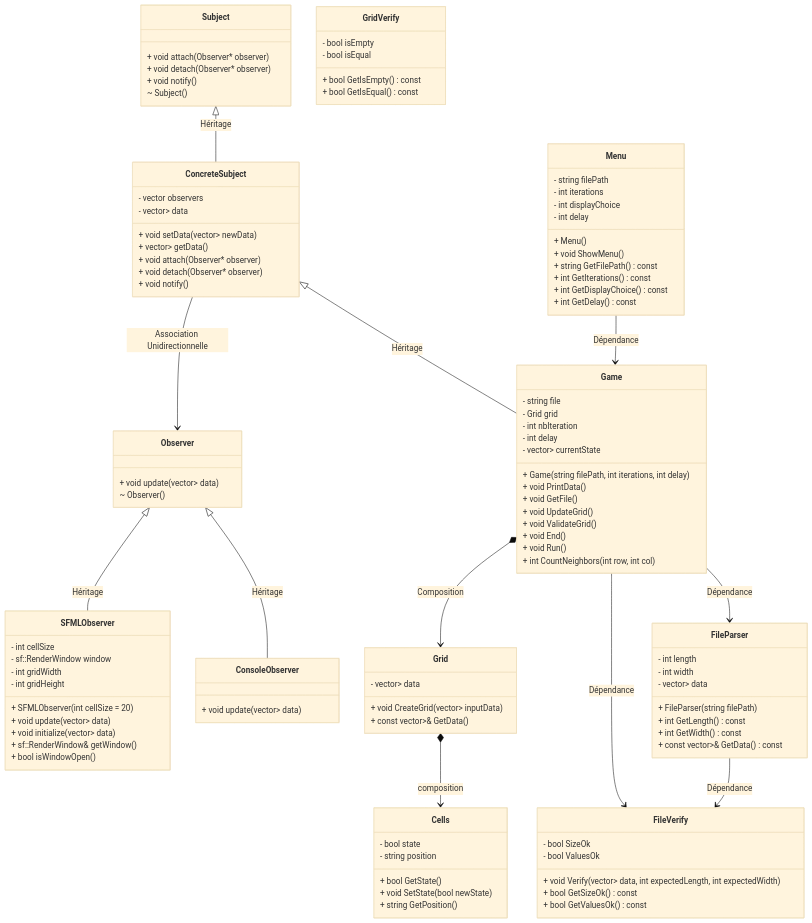
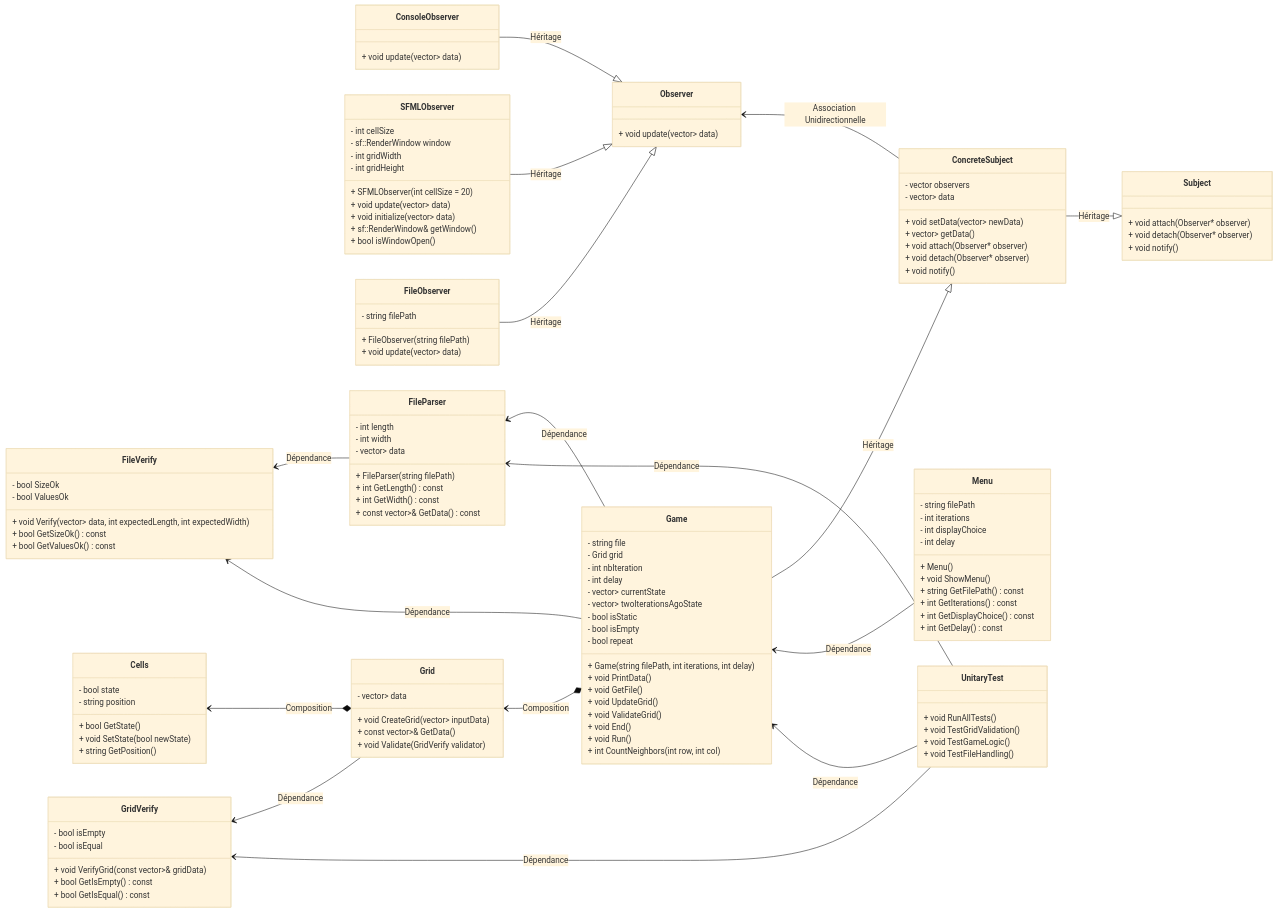
Before and after one commit to Luis06000/game-of-life: the diagram in Diagrams/ClassDiagram.mmd, drawn with Mermaid (base theme). The commit also changed 3 other files, not shown here.

Commit message:
Diagrams upgate, UsecaseDiagram v1

```diff
--- a/Diagrams/ClassDiagram.mmd
+++ b/Diagrams/ClassDiagram.mmd
@@ -1,126 +1,150 @@
 classDiagram
-direction TB
+direction RL
 
-    %% Core Classes
-    class Cells {
-        - bool state
-        - string position
-        + bool GetState()
-        + void SetState(bool newState)
-        + string GetPosition()
-    }
-
-    class Grid {
-        - vector<vector<int>> data
-        + void CreateGrid(vector<vector<int>> inputData)
-        + const vector<vector<int>>& GetData()
-    }
-
-    class Game {
-        - string file
-        - Grid grid
-        - int nbIteration
-        - int delay
-        - vector<vector<int>> currentState
-        + Game(string filePath, int iterations, int delay)
-        + void PrintData()
-        + void GetFile()
-        + void UpdateGrid()
-        + void ValidateGrid()
-        + void End()
-        + void Run()
-        + int CountNeighbors(int row, int col)
-    }
-
-    %% Observer Pattern
-    class Observer {
-        + void update(vector<vector<int>> data)
-        ~ Observer()
-    }
-
+    %% Observer Pattern - Left Side
     class Subject {
         + void attach(Observer* observer)
         + void detach(Observer* observer)
         + void notify()
-        ~ Subject()
+    }
+
+    class Observer {
+        + void update(vector<vector<int>> data)
     }
 
     class ConcreteSubject {
         - vector<Observer*> observers
         - vector<vector<int>> data
         + void setData(vector<vector<int>> newData)
         + vector<vector<int>> getData()
         + void attach(Observer* observer)
         + void detach(Observer* observer)
         + void notify()
     }
 
     class ConsoleObserver {
         + void update(vector<vector<int>> data)
     }
 
     class SFMLObserver {
         - int cellSize
         - sf::RenderWindow window
         - int gridWidth
         - int gridHeight
         + SFMLObserver(int cellSize = 20)
         + void update(vector<vector<int>> data)
         + void initialize(vector<vector<int>> data)
         + sf::RenderWindow& getWindow()
         + bool isWindowOpen()
     }
 
-    %% File Handling
+    class FileObserver {
+        - string filePath
+        + FileObserver(string filePath)
+        + void update(vector<vector<int>> data)
+    }
+
+    %% Core Classes - Center
+    class Game {
+        - string file
+        - Grid grid
+        - int nbIteration
+        - int delay
+        - vector<vector<int>> currentState
+        - vector<vector<int>> twoIterationsAgoState
+        - bool isStatic
+        - bool isEmpty
+        - bool repeat
+        + Game(string filePath, int iterations, int delay)
+        + void PrintData()
+        + void GetFile()
+        + void UpdateGrid()
+        + void ValidateGrid()
+        + void End()
+        + void Run()
+        + int CountNeighbors(int row, int col)
+    }
+
+    %% Grid Handling - Right Side
+    class Cells {
+        - bool state
+        - string position
+        + bool GetState()
+        + void SetState(bool newState)
+        + string GetPosition()
+    }
+
+    class Grid {
+        - vector<vector<int>> data
+        + void CreateGrid(vector<vector<int>> inputData)
+        + const vector<vector<int>>& GetData()
+        + void Validate(GridVerify validator)
+    }
+
+    class GridVerify {
+        - bool isEmpty
+        - bool isEqual
+        + void VerifyGrid(const vector<vector<int>>& gridData)
+        + bool GetIsEmpty() const
+        + bool GetIsEqual() const
+    }
+
+    %% File Handling - Independent
     class FileParser {
         - int length
         - int width
         - vector<vector<int>> data
         + FileParser(string filePath)
         + int GetLength() const
         + int GetWidth() const
         + const vector<vector<int>>& GetData() const
     }
 
     class FileVerify {
         - bool SizeOk
         - bool ValuesOk
         + void Verify(vector<vector<int>> data, int expectedLength, int expectedWidth)
         + bool GetSizeOk() const
         + bool GetValuesOk() const
     }
 
-    %% Grid Validation
-    class GridVerify {
-        - bool isEmpty
-        - bool isEqual
-        + bool GetIsEmpty() const
-        + bool GetIsEqual() const
+    %% Testing - Independent
+    class UnitaryTest {
+        + void RunAllTests()
+        + void TestGridValidation()
+        + void TestGameLogic()
+        + void TestFileHandling()
     }
 
-    %% Menu System
+    %% Menu System - Independent
     class Menu {
         - string filePath
         - int iterations
         - int displayChoice
         - int delay
         + Menu()
         + void ShowMenu()
         + string GetFilePath() const
         + int GetIterations() const
         + int GetDisplayChoice() const
         + int GetDelay() const
     }
 
-    %% Relationships with proper terms
+
+    %% Relationships
     Subject <|-- ConcreteSubject : Héritage
     ConcreteSubject <|-- Game : Héritage
     Observer <|-- ConsoleObserver : Héritage
     Observer <|-- SFMLObserver : Héritage
+    Observer <|-- FileObserver : Héritage
     ConcreteSubject --> Observer : Association Unidirectionnelle
     FileParser --> FileVerify : Dépendance
     Game --> FileParser : Dépendance
     Game --> FileVerify : Dépendance
     Game *--> Grid : Composition
-    Grid *--> Cells : composition
+    Grid *--> Cells : Composition
+    Grid --> GridVerify : Dépendance
     Menu --> Game : Dépendance
+    UnitaryTest --> GridVerify : Dépendance
+    UnitaryTest --> Game : Dépendance
+    UnitaryTest --> FileParser : Dépendance
```
